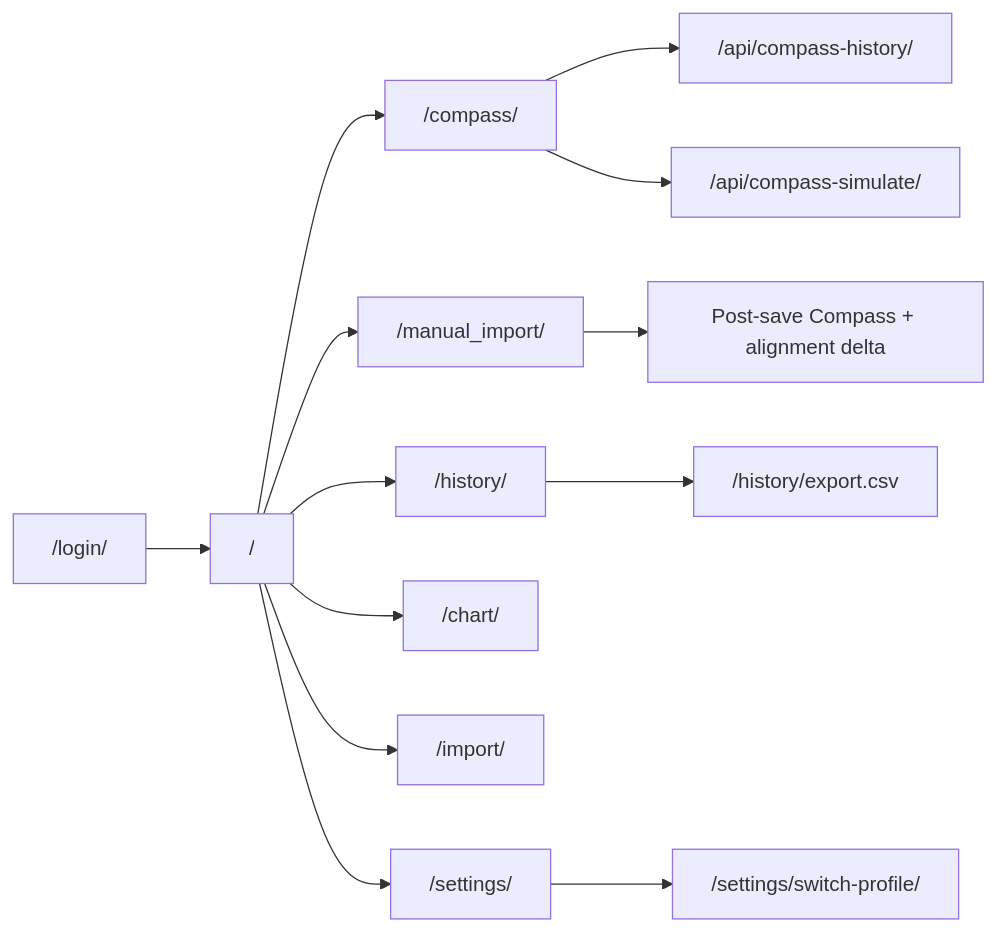
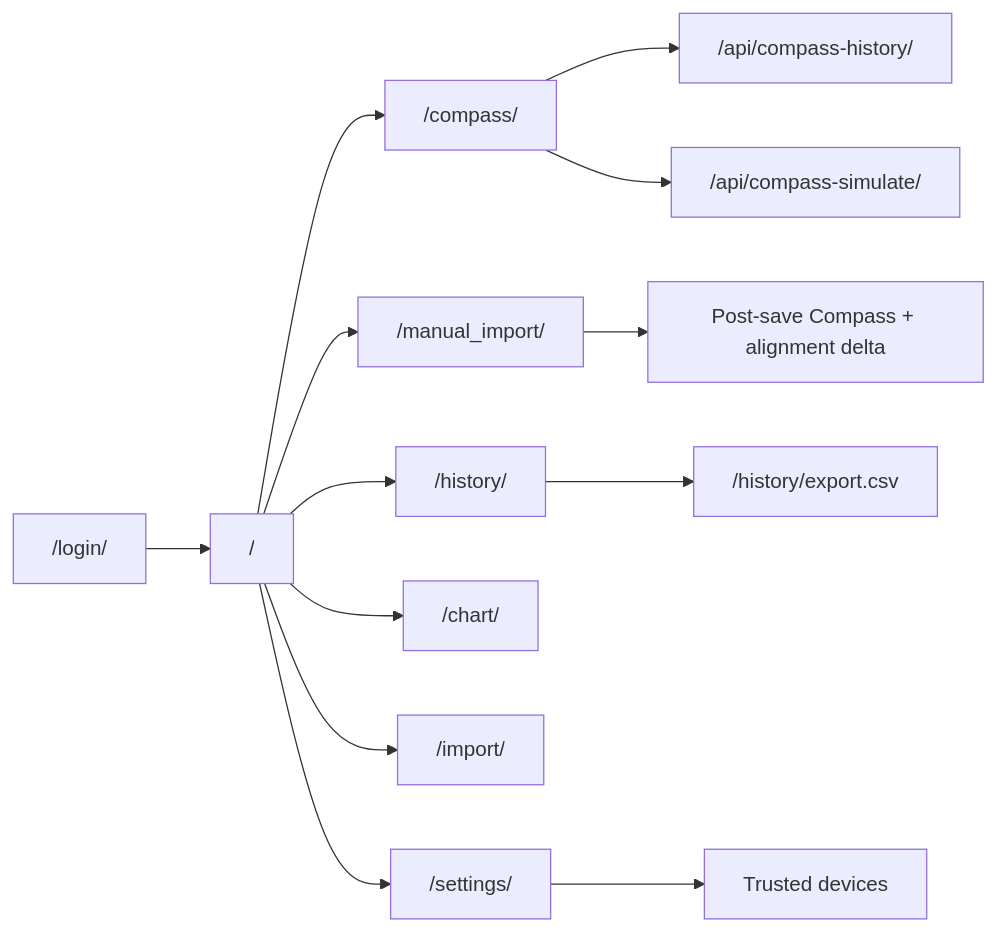
One commit to didac-crst/body-history changed the second of 5 diagrams in docs/architecture.md. Above: the diagram before and after it, drawn with Mermaid. The commit also changed other lines of this file and 41 other files, not shown here.

````diff
--- a/docs/architecture.md
+++ b/docs/architecture.md
@@ -21,15 +21,15 @@
 ```mermaid
 flowchart LR
   login["/login/"] --> dash["/"]
   dash --> compass["/compass/"]
   dash --> manual["/manual_import/"]
   dash --> history["/history/"]
   dash --> chart["/chart/"]
   dash --> excel["/import/"]
   dash --> settings["/settings/"]
   history --> csv["/history/export.csv"]
   compass --> histApi["/api/compass-history/"]
   compass --> simApi["/api/compass-simulate/"]
   manual --> postSave["Post-save Compass + alignment delta"]
-  settings --> switch["/settings/switch-profile/"]
+  settings --> devices["Trusted devices"]
 ```
````
